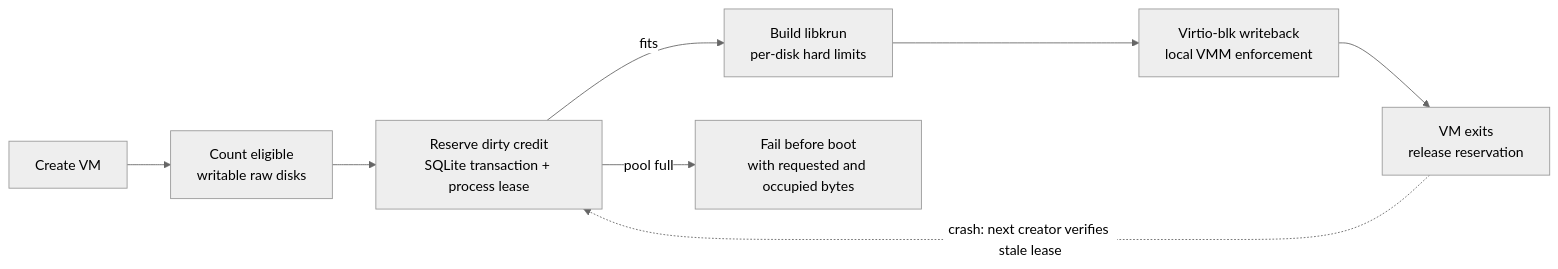
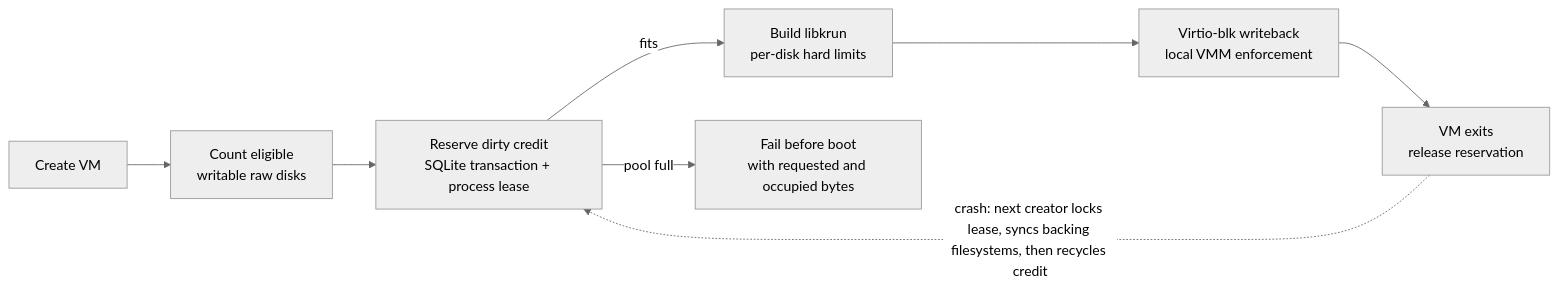
Before and after one commit to superradcompany/microsandbox: the second of 2 diagrams in docs/optimization/overview.mdx, drawn with Mermaid (neutral theme). The commit also changed other lines of this file and 7 other files, not shown here.

````diff
--- a/docs/optimization/overview.mdx
+++ b/docs/optimization/overview.mdx
@@ -195,10 +195,10 @@
 ```mermaid
 flowchart LR
     A["Create VM"] --> B["Count eligible<br/>writable raw disks"]
     B --> C["Reserve dirty credit<br/>SQLite transaction + process lease"]
     C -->|"fits"| D["Build libkrun<br/>per-disk hard limits"]
     C -->|"pool full"| E["Fail before boot<br/>with requested and occupied bytes"]
     D --> F["Virtio-blk writeback<br/>local VMM enforcement"]
     F --> G["VM exits<br/>release reservation"]
-    G -. "crash: next creator verifies stale lease" .-> C
+    G -. "crash: next creator locks lease, syncs backing filesystems, then recycles credit" .-> C
 ```
````
